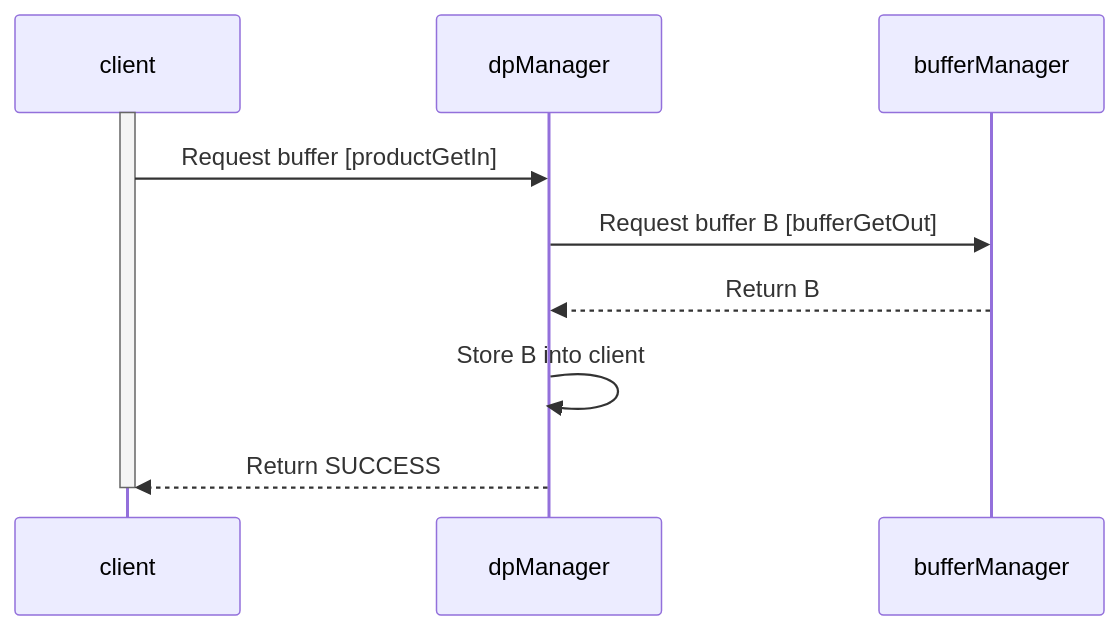
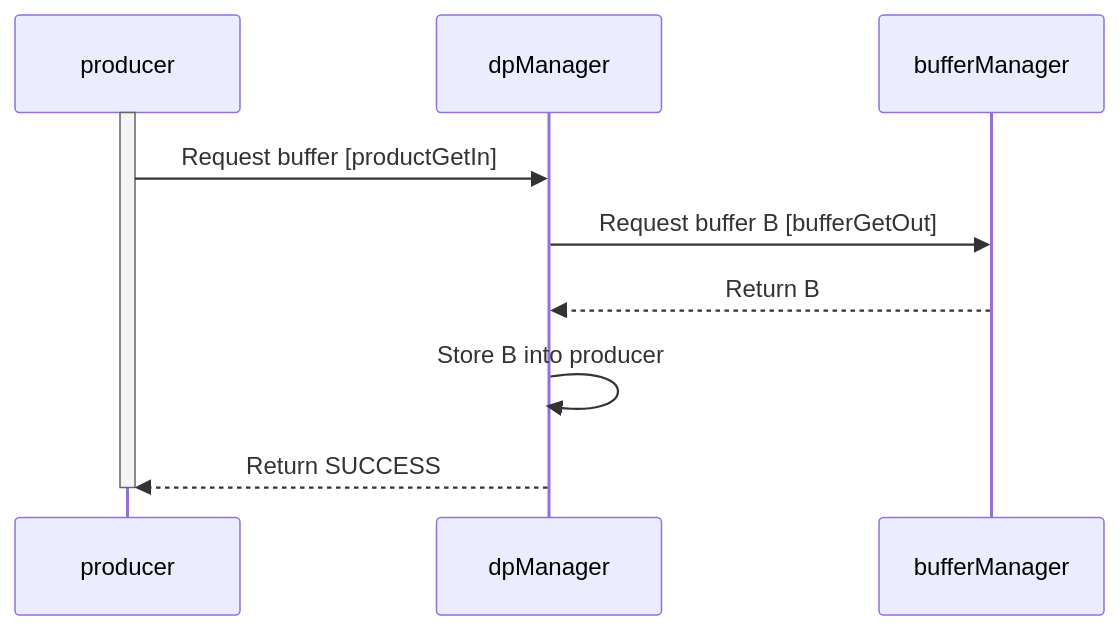
Before and after one commit to bocchino/fprime: the first of 3 diagrams in Svc/DpManager/docs/sdd.md, drawn with Mermaid. The commit also changed other lines of this file and 7 other files, not shown here.

Commit message:
Revise DpManager diagrams

````diff
--- a/Svc/DpManager/docs/sdd.md
+++ b/Svc/DpManager/docs/sdd.md
@@ -214,10 +214,10 @@
 ```mermaid
 sequenceDiagram
-    activate client
-    client->>dpManager: Request buffer [productGetIn]
+    activate producer
+    producer->>dpManager: Request buffer [productGetIn]
     dpManager->>bufferManager: Request buffer B [bufferGetOut]
     bufferManager-->>dpManager: Return B
-    dpManager->>dpManager: Store B into client
-    dpManager-->>client: Return SUCCESS
-    deactivate client
+    dpManager->>dpManager: Store B into producer
+    dpManager-->>producer: Return SUCCESS
+    deactivate producer
 ```
````
